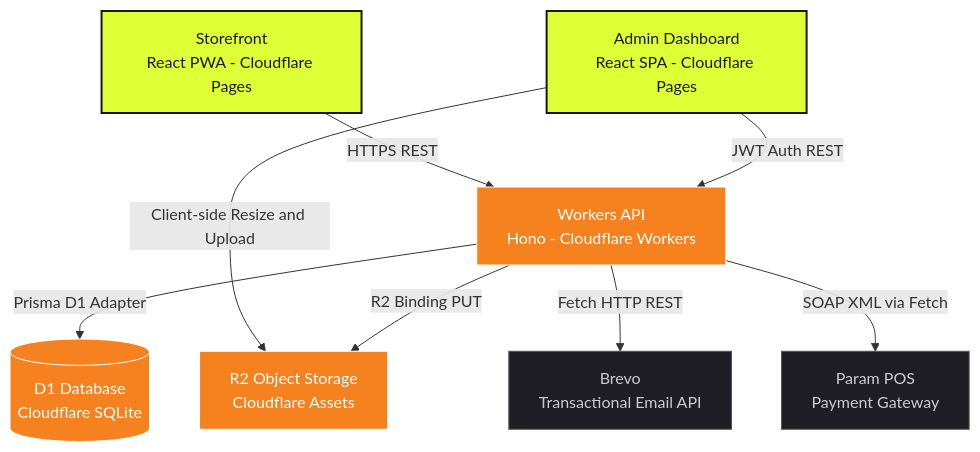
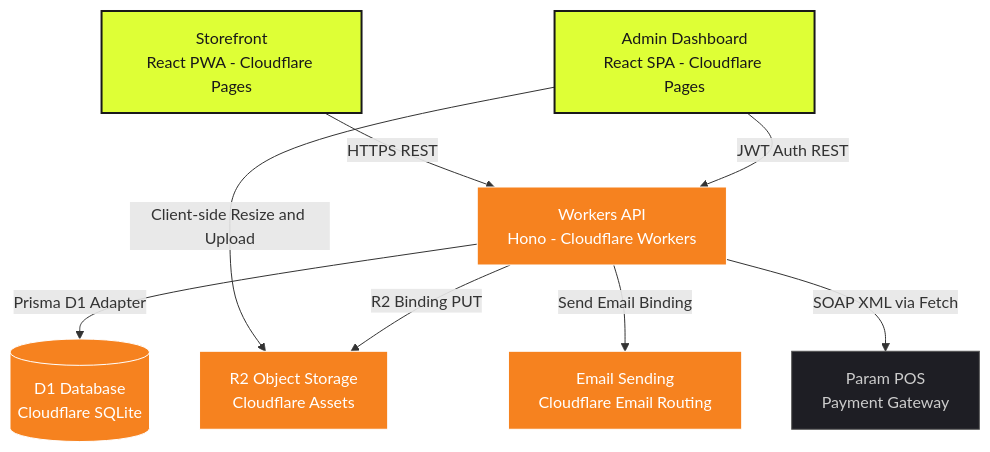
The diagram in README.md (yusufarbc/e-commerce-cloudflare), drawn with Mermaid before and after one commit. The commit also changed other lines of this file and 6 other files, not shown here.

Commit message:
feat: implement Cloudflare Email service and environment configuration for worker deployment

````diff
--- a/README.md
+++ b/README.md
@@ -15,22 +15,22 @@
 ```mermaid
 graph TD
     classDef cfPages fill:#deff36,stroke:#191919,stroke-width:2px,color:#191919
     classDef cfWorkers fill:#f6821f,stroke:#fff,stroke-width:1px,color:#fff
     classDef external fill:#1e1e24,stroke:#555,stroke-width:1px,color:#ccc
 
     Storefront["Storefront\nReact PWA - Cloudflare Pages"]:::cfPages
     Admin["Admin Dashboard\nReact SPA - Cloudflare Pages"]:::cfPages
     API["Workers API\nHono - Cloudflare Workers"]:::cfWorkers
     D1[("D1 Database\nCloudflare SQLite")]:::cfWorkers
     R2["R2 Object Storage\nCloudflare Assets"]:::cfWorkers
-    Brevo["Brevo\nTransactional Email API"]:::external
+    Email["Email Sending\nCloudflare Email Routing"]:::cfWorkers
     Param["Param POS\nPayment Gateway"]:::external
 
     Storefront -->|HTTPS REST| API
     Admin -->|JWT Auth REST| API
     Admin -->|Client-side Resize and Upload| R2
     API -->|Prisma D1 Adapter| D1
     API -->|R2 Binding PUT| R2
-    API -->|Fetch HTTP REST| Brevo
+    API -->|Send Email Binding| Email
     API -->|SOAP XML via Fetch| Param
 ```
````
